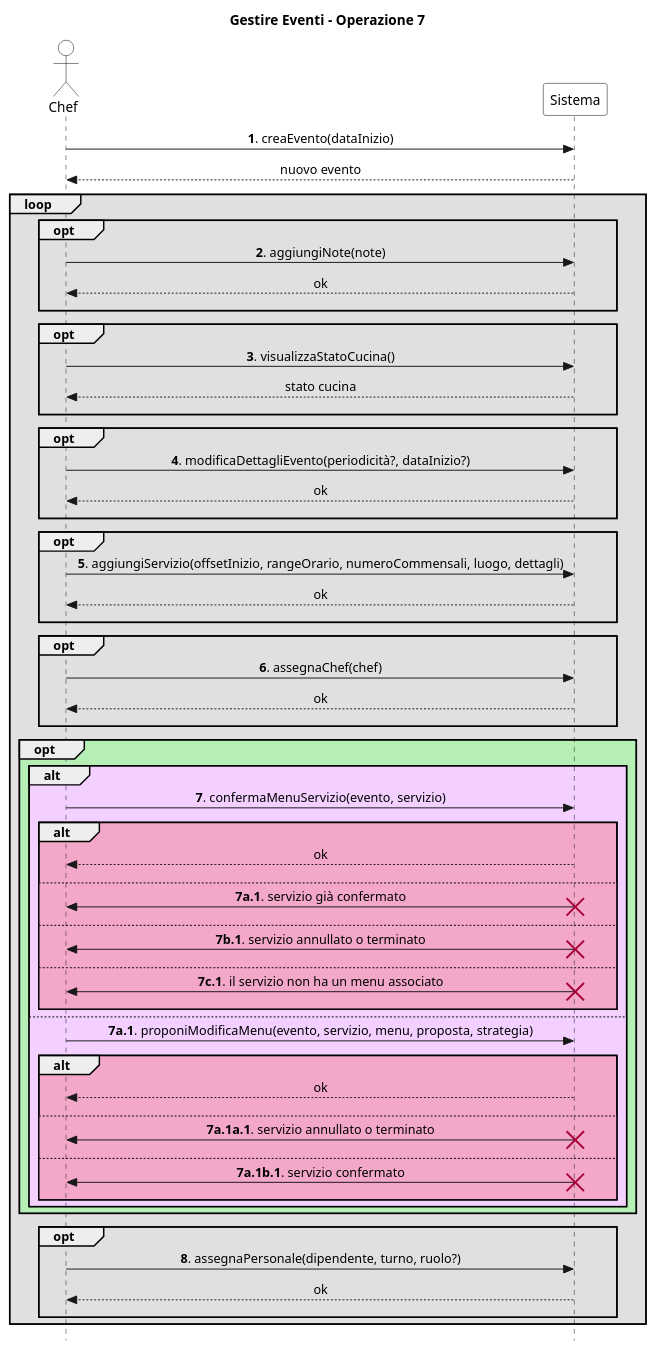
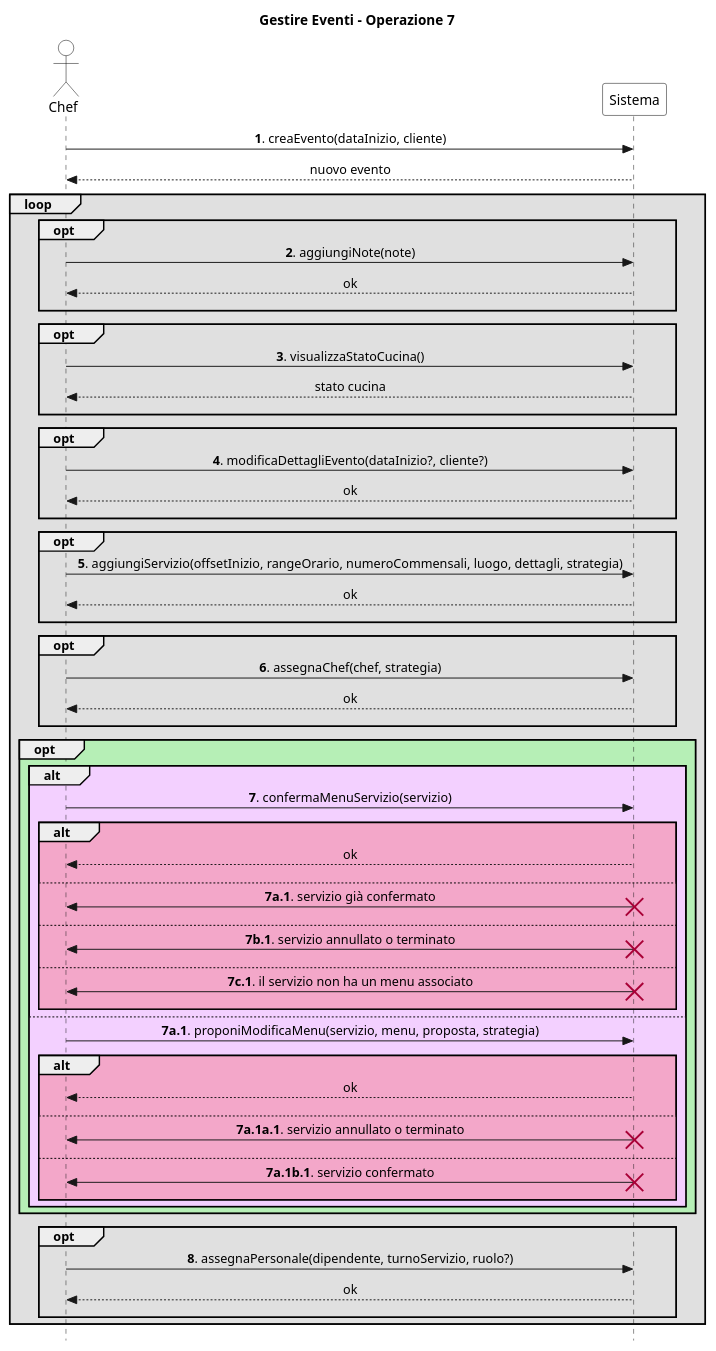
One commit to stefa168/sas-project changed the diagram in UP/Requisiti/UC Gestire Eventi/SSD/Estensioni-Eccezioni Op7.puml. Above: the diagram before and after it, drawn with PlantUML. The commit also changed 5 other files, not shown here.

```diff
--- a/UP/Requisiti/UC Gestire Eventi/SSD/Estensioni-Eccezioni Op7.puml
+++ b/UP/Requisiti/UC Gestire Eventi/SSD/Estensioni-Eccezioni Op7.puml
@@ -1,93 +1,93 @@
 @startuml
 skinparam Style strictuml
 skinparam SequenceMessageAlign center
 
 skinparam sequence {
     ActorBorderColor Black
     ActorBackgroundColor White
     ParticipantBorderColor Black
     ParticipantBackgroundColor White
 }
 
 actor Chef
 participant Sistema
 
 title Gestire Eventi - Operazione 7
 
-Chef -> Sistema: **1**. creaEvento(dataInizio)
+Chef -> Sistema: **1**. creaEvento(dataInizio, cliente)
 return nuovo evento
 
 loop #e0e0e0
     opt #e0e0e0
         Chef -> Sistema: **2**. aggiungiNote(note)
         return ok
         ||10||
     end
 
     opt #e0e0e0
         Chef -> Sistema: **3**. visualizzaStatoCucina()
         return stato cucina
         ||10||
     end
 
     opt #e0e0e0
-        Chef -> Sistema: **4**. modificaDettagliEvento(periodicità?, dataInizio?)
+        Chef -> Sistema: **4**. modificaDettagliEvento(dataInizio?, cliente?)
         return ok
         ||10||
     end
 
     opt #e0e0e0
-        Chef -> Sistema: **5**. aggiungiServizio(offsetInizio, rangeOrario, numeroCommensali, luogo, dettagli)
+        Chef -> Sistema: **5**. aggiungiServizio(offsetInizio, rangeOrario, numeroCommensali, luogo, dettagli, strategia)
         return ok
         ||10||
     end
 
     opt #e0e0e0
-        Chef -> Sistema: **6**. assegnaChef(chef)
+        Chef -> Sistema: **6**. assegnaChef(chef, strategia)
         return ok
         ||10||
     end
 
     opt #b6efb6
         alt #f3d0ff
-            Chef -> Sistema: **7**. confermaMenuServizio(evento, servizio)
+            Chef -> Sistema: **7**. confermaMenuServizio(servizio)
             alt #f3a7c9
                 return ok
                 ||10||
             else
                 Chef <- Sistema: **7a.1**. servizio già confermato
                 destroy Sistema
                 ||10||
             else
                 Chef <- Sistema: **7b.1**. servizio annullato o terminato
                 destroy Sistema
                 ||10||
             else
                 Chef <- Sistema: **7c.1**. il servizio non ha un menu associato
                 destroy Sistema
                 ||10||
             end
         else
-            Chef -> Sistema: **7a.1**. proponiModificaMenu(evento, servizio, menu, proposta, strategia)
+            Chef -> Sistema: **7a.1**. proponiModificaMenu(servizio, menu, proposta, strategia)
             alt #f3a7c9
                 return ok
                 ||10||
             else
                 Chef <- Sistema: **7a.1a.1**. servizio annullato o terminato
                 destroy Sistema
                 ||10||
             else
                 Chef <- Sistema: **7a.1b.1**. servizio confermato
                 destroy Sistema
                 ||10||
             end
         end
     end
 
     opt #e0e0e0
-        Chef -> Sistema: **8**. assegnaPersonale(dipendente, turno, ruolo?)
+        Chef -> Sistema: **8**. assegnaPersonale(dipendente, turnoServizio, ruolo?)
         return ok
         ||10||
     end
 end
 @enduml
```
